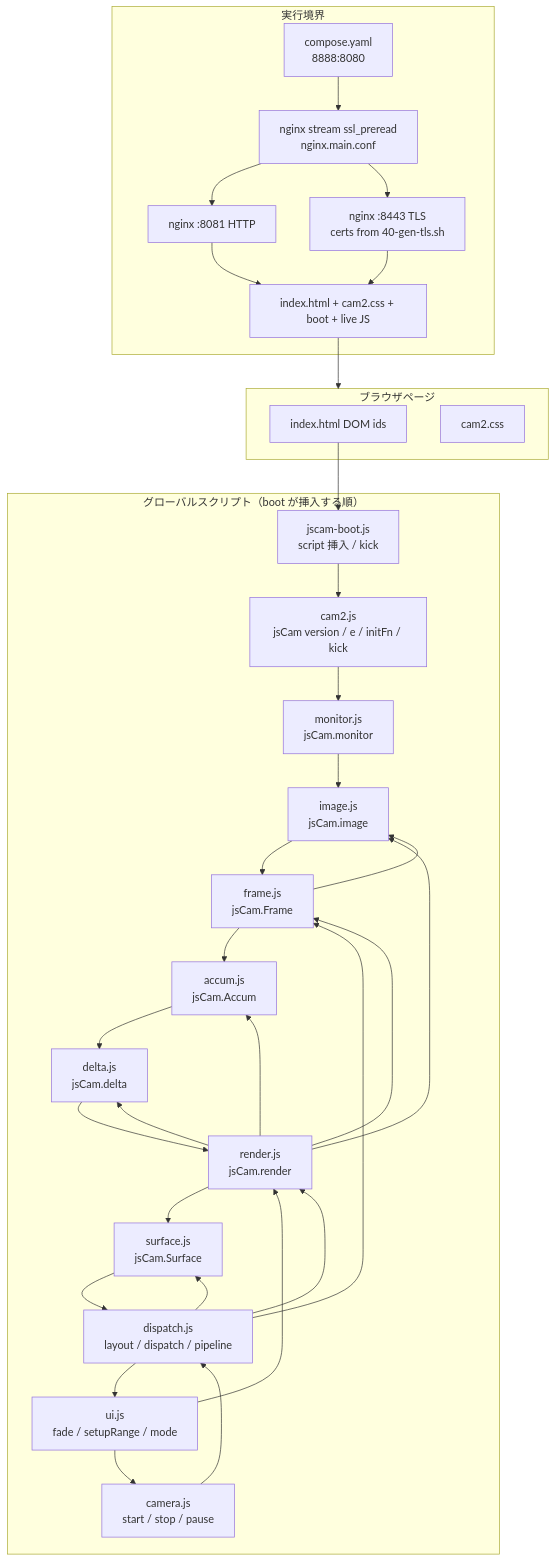
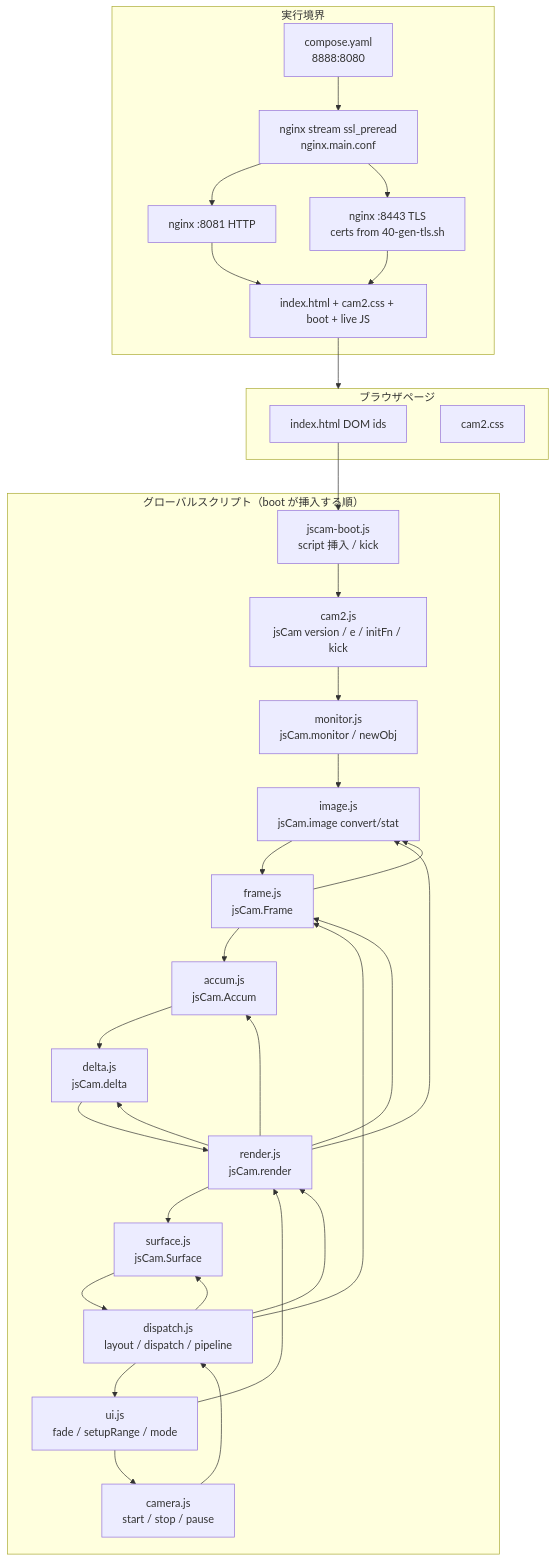
One commit to mfujimoto-code/JSCam changed the first of 4 diagrams in jscam/cam2-design.md. Above: the diagram before and after it, drawn with Mermaid. The commit also changed other lines of this file and 1 other file, not shown here.

````diff
--- a/jscam/cam2-design.md
+++ b/jscam/cam2-design.md
@@ -167,51 +167,51 @@
 ```mermaid
 flowchart TB
   subgraph Runtime["実行境界"]
     Compose["compose.yaml<br/>8888:8080"]
     Stream["nginx stream ssl_preread<br/>nginx.main.conf"]
     HTTP["nginx :8081 HTTP"]
     TLS["nginx :8443 TLS<br/>certs from 40-gen-tls.sh"]
     Static["index.html + cam2.css + boot + live JS"]
     Compose --> Stream
     Stream --> HTTP
     Stream --> TLS
     HTTP --> Static
     TLS --> Static
   end
 
   subgraph Page["ブラウザページ"]
     HTML["index.html DOM ids"]
     CSS["cam2.css"]
   end
 
   Static --> Page
 
   subgraph Scripts["グローバルスクリプト（boot が挿入する順）"]
     Boot["jscam-boot.js<br/>script 挿入 / kick"]
     Cam2["cam2.js<br/>jsCam version / e / initFn / kick"]
-    MonF["monitor.js<br/>jsCam.monitor"]
-    ImageF["image.js<br/>jsCam.image"]
+    MonF["monitor.js<br/>jsCam.monitor / newObj"]
+    ImageF["image.js<br/>jsCam.image convert/stat"]
     FrameF["frame.js<br/>jsCam.Frame"]
     AccumF["accum.js<br/>jsCam.Accum"]
     DeltaF["delta.js<br/>jsCam.delta"]
     RenderF["render.js<br/>jsCam.render"]
     SurfF["surface.js<br/>jsCam.Surface"]
     DispF["dispatch.js<br/>layout / dispatch / pipeline"]
     UiF["ui.js<br/>fade / setupRange / mode"]
     CamF["camera.js<br/>start / stop / pause"]
     Boot --> Cam2 --> MonF --> ImageF --> FrameF --> AccumF --> DeltaF --> RenderF --> SurfF --> DispF --> UiF --> CamF
   end
 
   HTML --> Boot
 
   DispF --> RenderF
   DispF --> SurfF
   FrameF --> ImageF
   RenderF --> ImageF
   RenderF --> FrameF
   RenderF --> AccumF
   RenderF --> DeltaF
   DispF --> FrameF
   CamF --> DispF
   UiF --> RenderF
 ```
````
